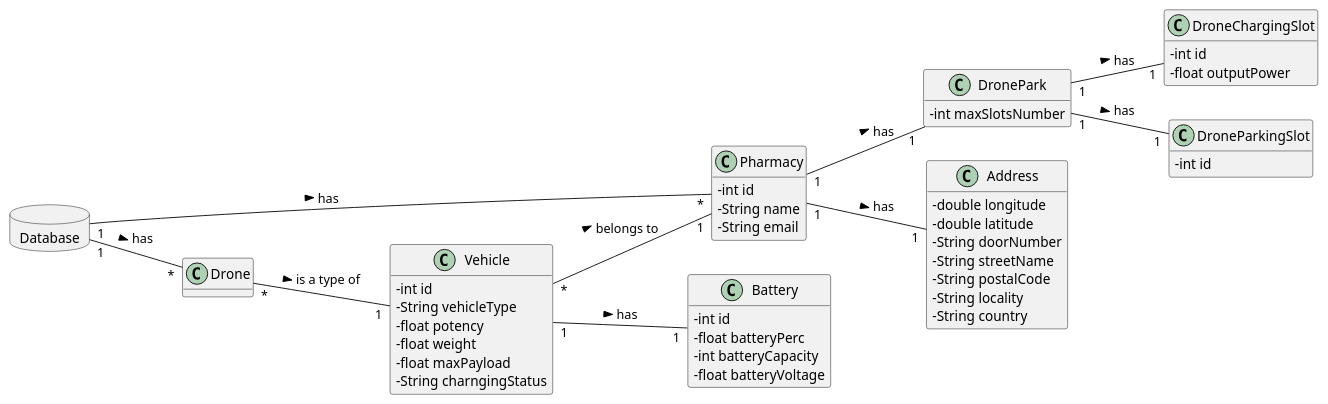
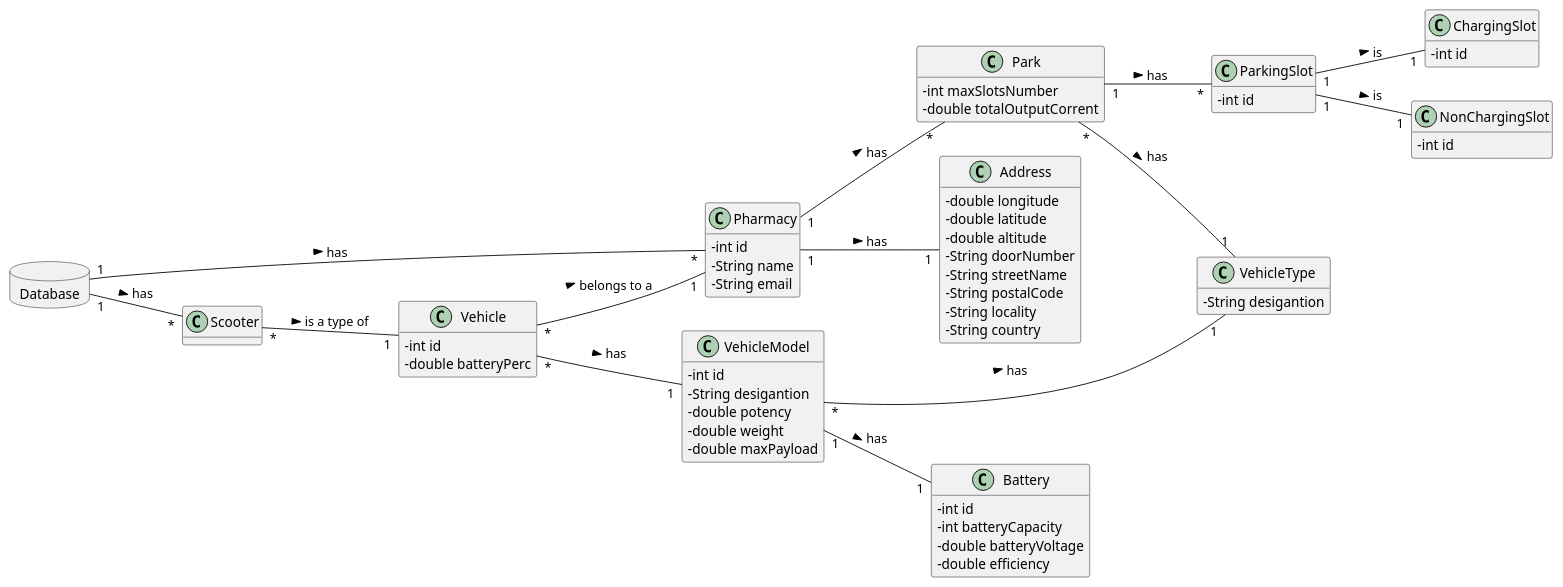
The diagram in docs/Iteration 3/Drone Management/Refinement/US193_RegisterDrone/US193_DM.puml (tiagoavcosta25/LAPR3), drawn with PlantUML before and after one commit. The commit also changed 68 other files, not shown here.

```diff
--- a/docs/Iteration 3/Drone Management/Refinement/US193_RegisterDrone/US193_DM.puml
+++ b/docs/Iteration 3/Drone Management/Refinement/US193_RegisterDrone/US193_DM.puml
@@ -1,68 +1,85 @@
 @startuml
 skinparam classAttributeIconSize 0
 hide methods
 left to right direction
 
 database Database {
 }
 
 class Pharmacy {
   -int id
   -String name
 -   String email
 }
 
-class DronePark{
+class Park{
 -   int maxSlotsNumber
+-   double totalOutputCorrent
 }
 
-class DroneChargingSlot{
--   int id
--   float outputPower
-}
-
-class DroneParkingSlot{
+class ChargingSlot{
 -   int id
 }
 
-class Drone{
+class NonChargingSlot{
+-   int id
+}
+
+class ParkingSlot{
+-   int id
+}
+
+class Scooter{
+}
+
+class VehicleModel{
+  -int id
+  -String desigantion
+  -double potency
+  -double weight
+  -double maxPayload
+}
+
+class VehicleType{
+  -String desigantion
 }
 
 class Vehicle{
   -int id
-  -String vehicleType
-  -float potency
-  -float weight
-  -float maxPayload
-  -String charngingStatus
+  -double batteryPerc
 }
 
 class Battery{
   -int id
-  -float batteryPerc
   -int batteryCapacity
-  -float batteryVoltage
+  -double batteryVoltage
+  -double efficiency
 }
 
 class Address{
   -double longitude
   -double latitude
+  -double altitude
   -String doorNumber
   -String streetName
   -String postalCode
   -String locality
   -String country
 }
 
 
 
 Database "1" -- "*" Pharmacy : has >
-Database "1" -- "*" Drone : has >
-Vehicle "*" -- "1" Pharmacy : belongs to >
-Drone "*" -- "1" Vehicle : is a type of >
-Vehicle "1" -- "1" Battery : has >
+Database "1" -- "*" Scooter : has >
+Scooter "*" -- "1" Vehicle : is a type of >
+Vehicle "*" -- "1" VehicleModel : has >
+Vehicle "*" -- "1" Pharmacy : belongs to a >
 Pharmacy "1" -- "1" Address : has >
-Pharmacy "1" -- "1" DronePark : has >
-DronePark "1" -- "1" DroneChargingSlot : has >
-DronePark "1" -- "1" DroneParkingSlot : has >
+Pharmacy "1" -- "*" Park : has >
+Park "*" -- "1" VehicleType : has >
+Park "1" -- "*" ParkingSlot : has >
+ParkingSlot "1" -- "1" ChargingSlot : is >
+ParkingSlot "1" -- "1" NonChargingSlot : is >
+VehicleModel "1" -- "1" Battery : has >
+VehicleModel "*" -- "1" VehicleType : has >
 @enduml
```
